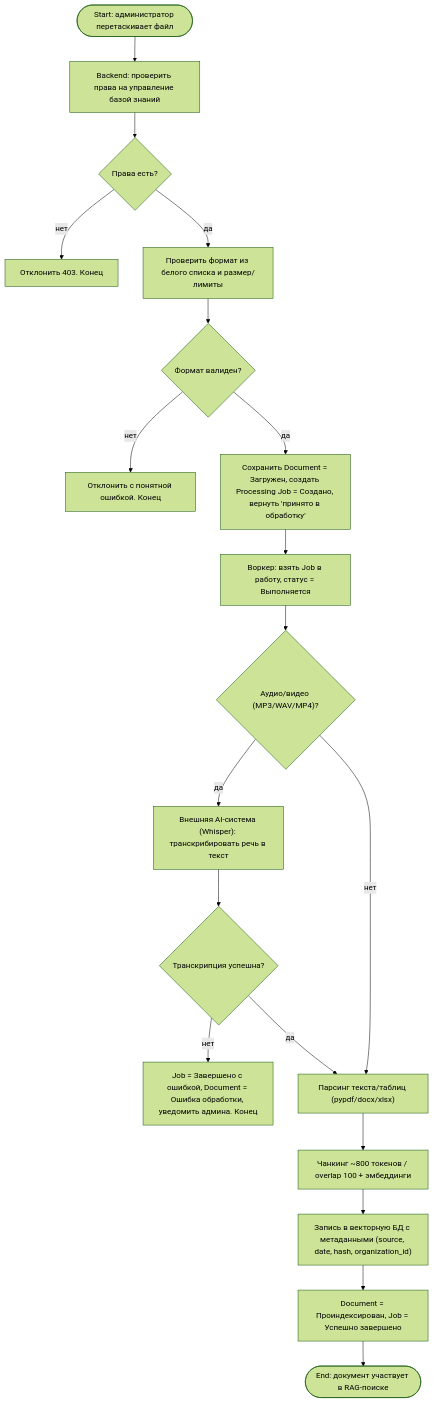
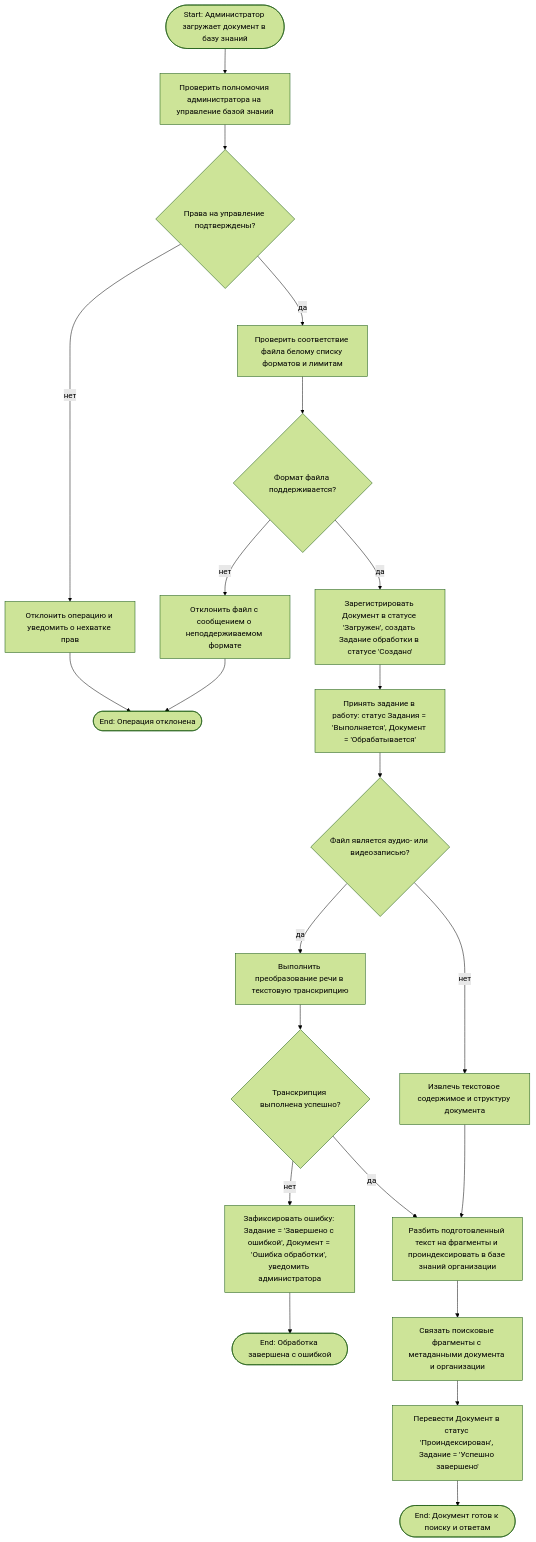
Before and after one commit to adsfryt/AI-chat-knowledge-bot: the second of 3 diagrams in 1-task/3/README.md, drawn with Mermaid (forest theme). The commit also changed other lines of this file, not shown here.

First line of the commit message:
Задание 3: формулировки диаграмм деятельности приведены к сценариям действий

````diff
--- a/1-task/3/README.md
+++ b/1-task/3/README.md
@@ -45,21 +57,24 @@
 ```mermaid
 flowchart TD
-    S(["Start: администратор перетаскивает файл"]) --> B1["Backend: проверить права на управление базой знаний"]
-    B1 --> D0{"Права есть?"}
-    D0 -->|нет| E403["Отклонить 403. Конец"]
-    D0 -->|да| B2["Проверить формат из белого списка и размер/лимиты"]
-    B2 --> D1{"Формат валиден?"}
-    D1 -->|нет| E400["Отклонить с понятной ошибкой. Конец"]
-    D1 -->|да| B3["Сохранить Document = Загружен, создать Processing Job = Создано, вернуть 'принято в обработку'"]
-    B3 --> W1["Воркер: взять Job в работу, статус = Выполняется"]
-    W1 --> D2{"Аудио/видео (MP3/WAV/MP4)?"}
-    D2 -->|да| EXTW["Внешняя AI-система (Whisper): транскрибировать речь в текст"]
-    EXTW --> D3{"Транскрипция успешна?"}
-    D3 -->|нет| F1["Job = Завершено с ошибкой, Document = Ошибка обработки, уведомить админа. Конец"]
-    D2 -->|нет| P1["Парсинг текста/таблиц (pypdf/docx/xlsx)"]
-    D3 -->|да| P1
-    P1 --> P2["Чанкинг ~800 токенов / overlap 100 + эмбеддинги"]
-    P2 --> V1["Запись в векторную БД с метаданными (source, date, hash, organization_id)"]
-    V1 --> B4["Document = Проиндексирован, Job = Успешно завершено"]
-    B4 --> E(["End: документ участвует в RAG-поиске"])
+    S(["Start: Администратор загружает документ в базу знаний"]) --> B1["Проверить полномочия администратора на управление базой знаний"]
+    B1 --> D0{"Права на управление подтверждены?"}
+    D0 -->|нет| E_NO_PERM["Отклонить операцию и уведомить о нехватке прав"]
+    E_NO_PERM --> E_REJECT(["End: Операция отклонена"])
+    D0 -->|да| B2["Проверить соответствие файла белому списку форматов и лимитам"]
+    B2 --> D1{"Формат файла поддерживается?"}
+    D1 -->|нет| E_BAD_FMT["Отклонить файл с сообщением о неподдерживаемом формате"]
+    E_BAD_FMT --> E_REJECT
+    D1 -->|да| B3["Зарегистрировать Документ в статусе 'Загружен', создать Задание обработки в статусе 'Создано'"]
+    B3 --> W1["Принять задание в работу: статус Задания = 'Выполняется', Документ = 'Обрабатывается'"]
+    W1 --> D2{"Файл является аудио- или видеозаписью?"}
+    D2 -->|да| EXTW["Выполнить преобразование речи в текстовую транскрипцию"]
+    EXTW --> D3{"Транскрипция выполнена успешно?"}
+    D3 -->|нет| F1["Зафиксировать ошибку: Задание = 'Завершено с ошибкой', Документ = 'Ошибка обработки', уведомить администратора"]
+    F1 --> E_ERR(["End: Обработка завершена с ошибкой"])
+    D2 -->|нет| P1["Извлечь текстовое содержимое и структуру документа"]
+    D3 -->|да| P2["Разбить подготовленный текст на фрагменты и проиндексировать в базе знаний организации"]
+    P1 --> P2
+    P2 --> V1["Связать поисковые фрагменты с метаданными документа и организации"]
+    V1 --> B4["Перевести Документ в статус 'Проиндексирован', Задание = 'Успешно завершено'"]
+    B4 --> E_OK(["End: Документ готов к поиску и ответам"])
 ```
````
